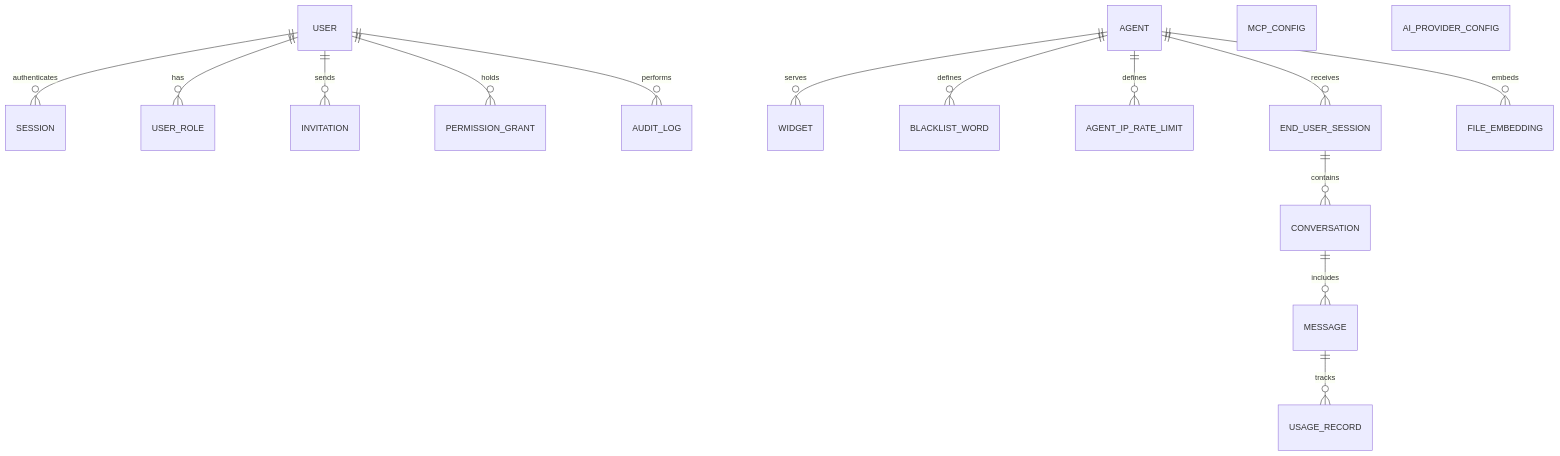
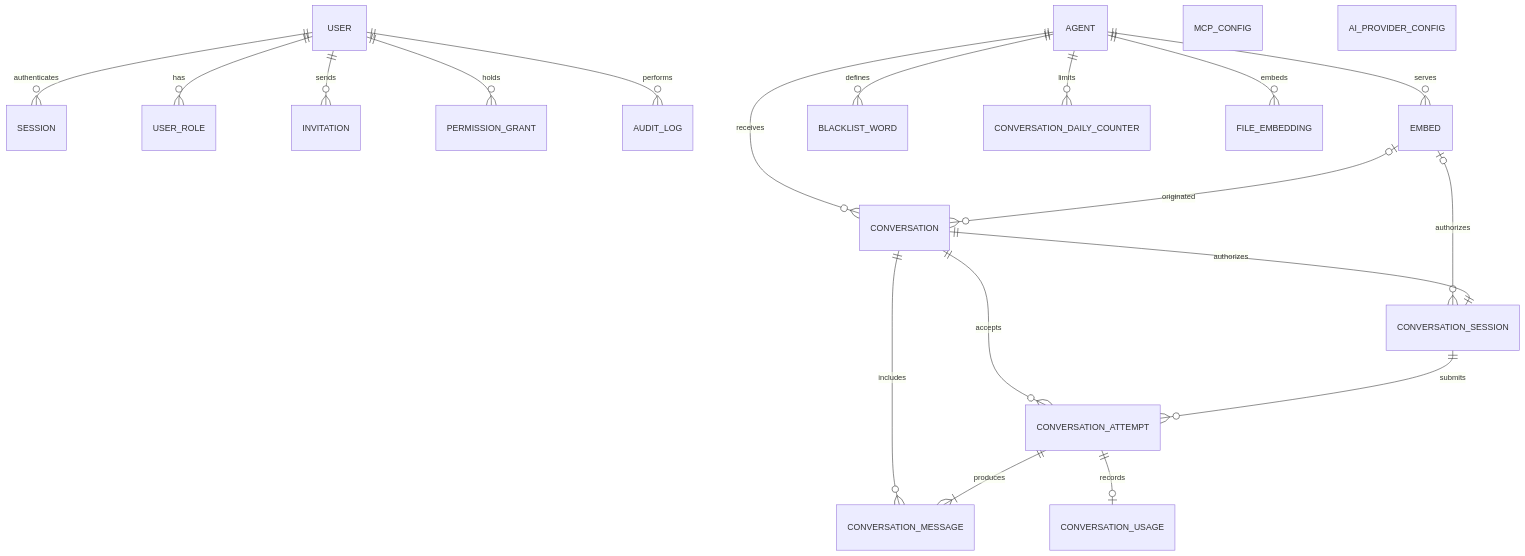
One commit to Talqo/talqo changed the diagram in docs/ERD.md. Above: the diagram before and after it, drawn with Mermaid. The commit also changed other lines of this file and 174 other files, not shown here.

````diff
--- a/docs/ERD.md
+++ b/docs/ERD.md
@@ -5,40 +5,46 @@
 ```mermaid
 erDiagram
     USER
     SESSION
     USER_ROLE
     INVITATION
     PERMISSION_GRANT
     AUDIT_LOG
 
     AGENT
-    WIDGET
+    EMBED
     BLACKLIST_WORD
-    AGENT_IP_RATE_LIMIT
 
     MCP_CONFIG
     AI_PROVIDER_CONFIG
 
-    END_USER_SESSION
+    CONVERSATION_SESSION
     CONVERSATION
-    MESSAGE
+    CONVERSATION_ATTEMPT
+    CONVERSATION_MESSAGE
+    CONVERSATION_DAILY_COUNTER
 
     FILE_EMBEDDING
-    USAGE_RECORD
+    CONVERSATION_USAGE
 
     USER ||--o{ SESSION : authenticates
     USER ||--o{ USER_ROLE : has
     USER ||--o{ INVITATION : sends
     USER ||--o{ PERMISSION_GRANT : holds
     USER ||--o{ AUDIT_LOG : performs
 
-    AGENT ||--o{ WIDGET : serves
+    AGENT ||--o{ EMBED : serves
     AGENT ||--o{ BLACKLIST_WORD : defines
-    AGENT ||--o{ AGENT_IP_RATE_LIMIT : defines
     AGENT ||--o{ FILE_EMBEDDING : embeds
 
-    AGENT ||--o{ END_USER_SESSION : receives
-    END_USER_SESSION ||--o{ CONVERSATION : contains
-    CONVERSATION ||--o{ MESSAGE : includes
-    MESSAGE ||--o{ USAGE_RECORD : tracks
+    AGENT ||--o{ CONVERSATION : receives
+    AGENT ||--o{ CONVERSATION_DAILY_COUNTER : limits
+    EMBED o|--o{ CONVERSATION : originated
+    EMBED o|--o{ CONVERSATION_SESSION : authorizes
+    CONVERSATION ||--|| CONVERSATION_SESSION : authorizes
+    CONVERSATION ||--o{ CONVERSATION_ATTEMPT : accepts
+    CONVERSATION ||--o{ CONVERSATION_MESSAGE : includes
+    CONVERSATION_SESSION ||--o{ CONVERSATION_ATTEMPT : submits
+    CONVERSATION_ATTEMPT ||--|{ CONVERSATION_MESSAGE : produces
+    CONVERSATION_ATTEMPT ||--o| CONVERSATION_USAGE : records
 ```
````
